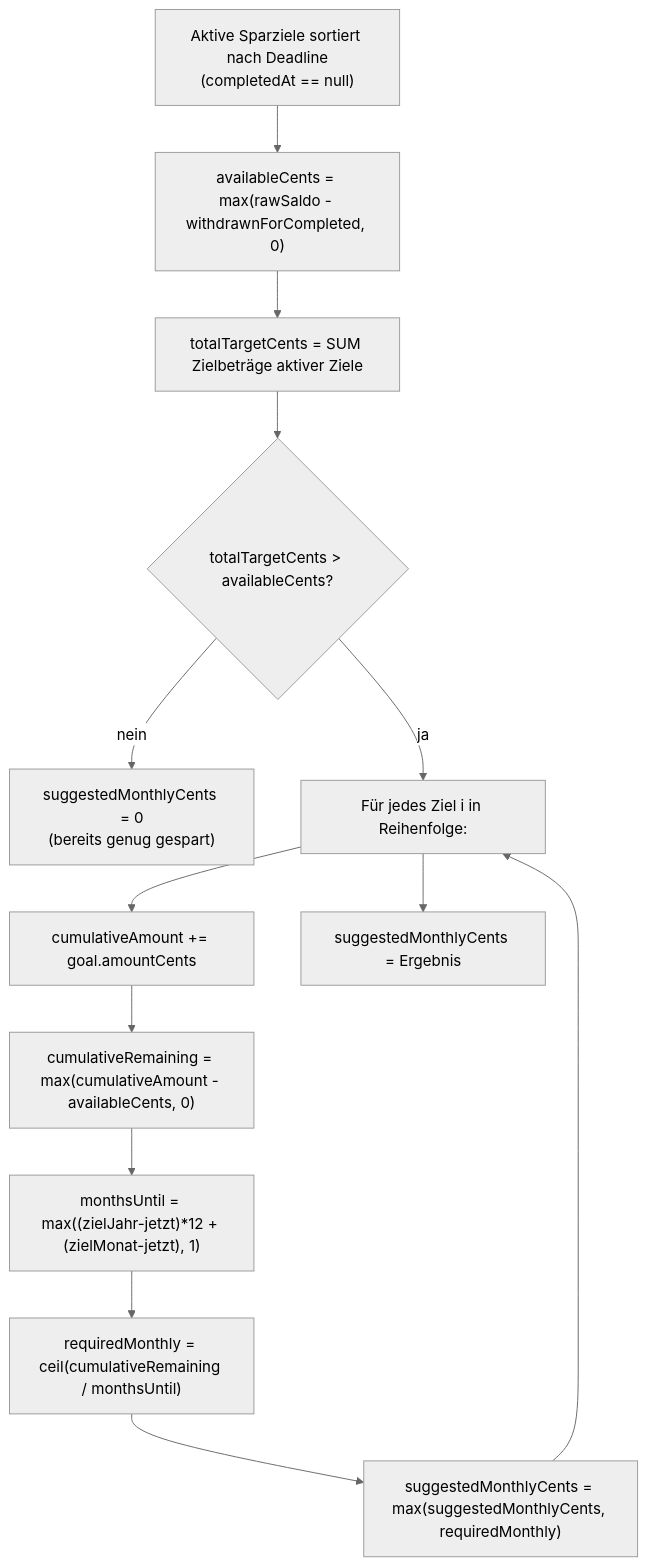
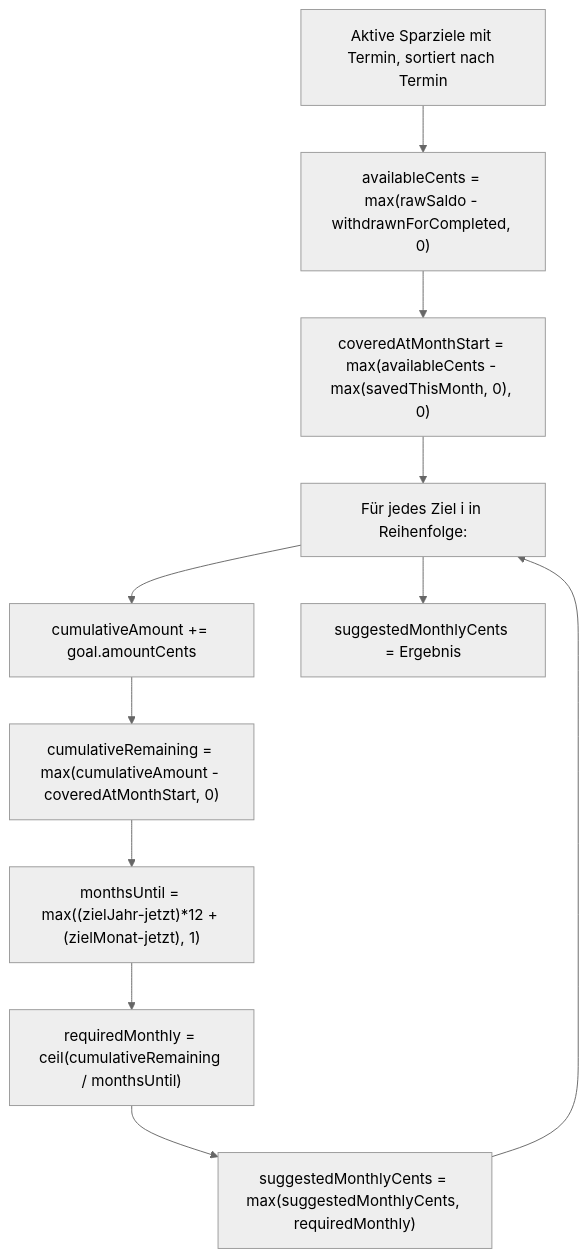
One commit to konradthiemann/Doewe changed the diagram in docs/calculations/07-sparziele.md. Above: the diagram before and after it, drawn with Mermaid (neutral theme). The commit also changed other lines of this file and 9 other files, not shown here.

````diff
--- a/docs/calculations/07-sparziele.md
+++ b/docs/calculations/07-sparziele.md
@@ -118,16 +140,13 @@
 ```mermaid
 flowchart TD
-    A["Aktive Sparziele sortiert nach Deadline\n(completedAt == null)"] --> B
+    A["Aktive Sparziele mit Termin, sortiert nach Termin"] --> B
     B["availableCents = max(rawSaldo - withdrawnForCompleted, 0)"] --> C
-    C["totalTargetCents = SUM Zielbeträge aktiver Ziele"] --> D
-    D{totalTargetCents > availableCents?}
-    D -->|nein| ZERO["suggestedMonthlyCents = 0\n(bereits genug gespart)"]
-    D -->|ja| LOOP["Für jedes Ziel i in Reihenfolge:"]
-    LOOP --> CUM["cumulativeAmount += goal.amountCents"]
-    CUM --> REM["cumulativeRemaining = max(cumulativeAmount - availableCents, 0)"]
+    C["coveredAtMonthStart = max(availableCents - max(savedThisMonth, 0), 0)"] --> LOOP
+    LOOP["Für jedes Ziel i in Reihenfolge:"] --> CUM["cumulativeAmount += goal.amountCents"]
+    CUM --> REM["cumulativeRemaining = max(cumulativeAmount - coveredAtMonthStart, 0)"]
     REM --> MONTHS["monthsUntil = max((zielJahr-jetzt)*12 + (zielMonat-jetzt), 1)"]
     MONTHS --> REQ["requiredMonthly = ceil(cumulativeRemaining / monthsUntil)"]
     REQ --> MAX["suggestedMonthlyCents = max(suggestedMonthlyCents, requiredMonthly)"]
     MAX --> LOOP
     LOOP --> DONE["suggestedMonthlyCents = Ergebnis"]
 ```
````
